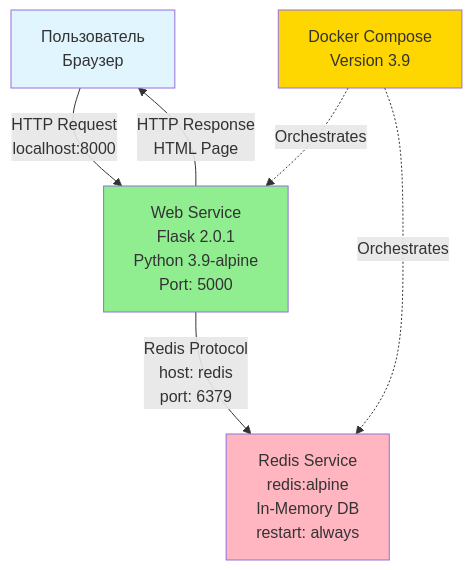
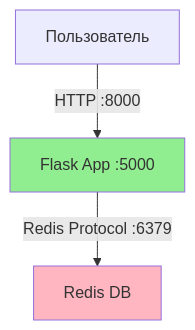
One commit to BosenkoTM/Distributed_systems changed the diagram in practice/2026/lw_05/README.md. Above: the diagram before and after it, drawn with Mermaid. The commit also changed other lines of this file, not shown here.

````diff
--- a/practice/2026/lw_05/README.md
+++ b/practice/2026/lw_05/README.md
@@ -218,14 +150,8 @@
 ```mermaid
 graph TB
-    User[Пользователь<br/>Браузер] -->|HTTP Request<br/>localhost:8000| Web[Web Service<br/>Flask 2.0.1<br/>Python 3.9-alpine<br/>Port: 5000]
-    Web -->|Redis Protocol<br/>host: redis<br/>port: 6379| Redis[Redis Service<br/>redis:alpine<br/>In-Memory DB<br/>restart: always]
-    Web -->|HTTP Response<br/>HTML Page| User
+    User[Пользователь] -->|HTTP :8000| Web[Flask App :5000]
+    Web -->|Redis Protocol :6379| Redis[Redis DB]
     
-    DockerCompose[Docker Compose<br/>Version 3.9] -.->|Orchestrates| Web
-    DockerCompose -.->|Orchestrates| Redis
-    
-    style User fill:#e1f5ff
     style Web fill:#90EE90
     style Redis fill:#FFB6C1
-    style DockerCompose fill:#FFD700
 ```
````
